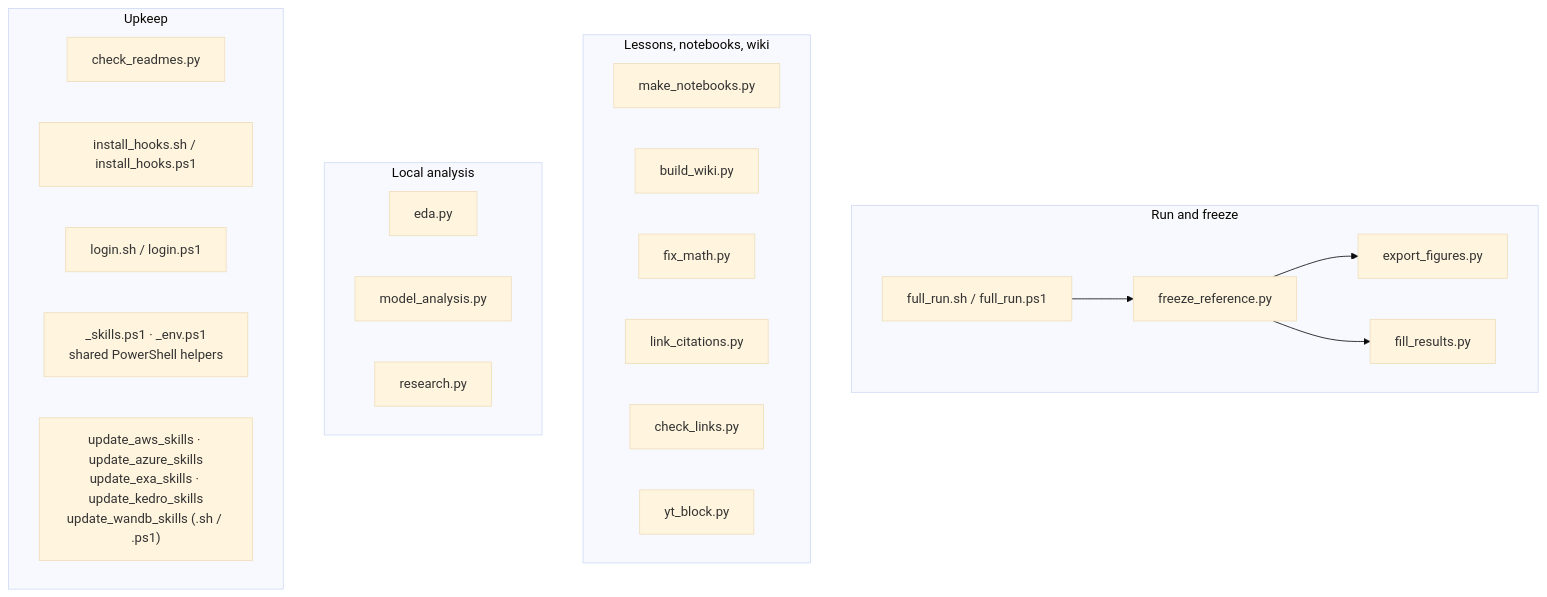
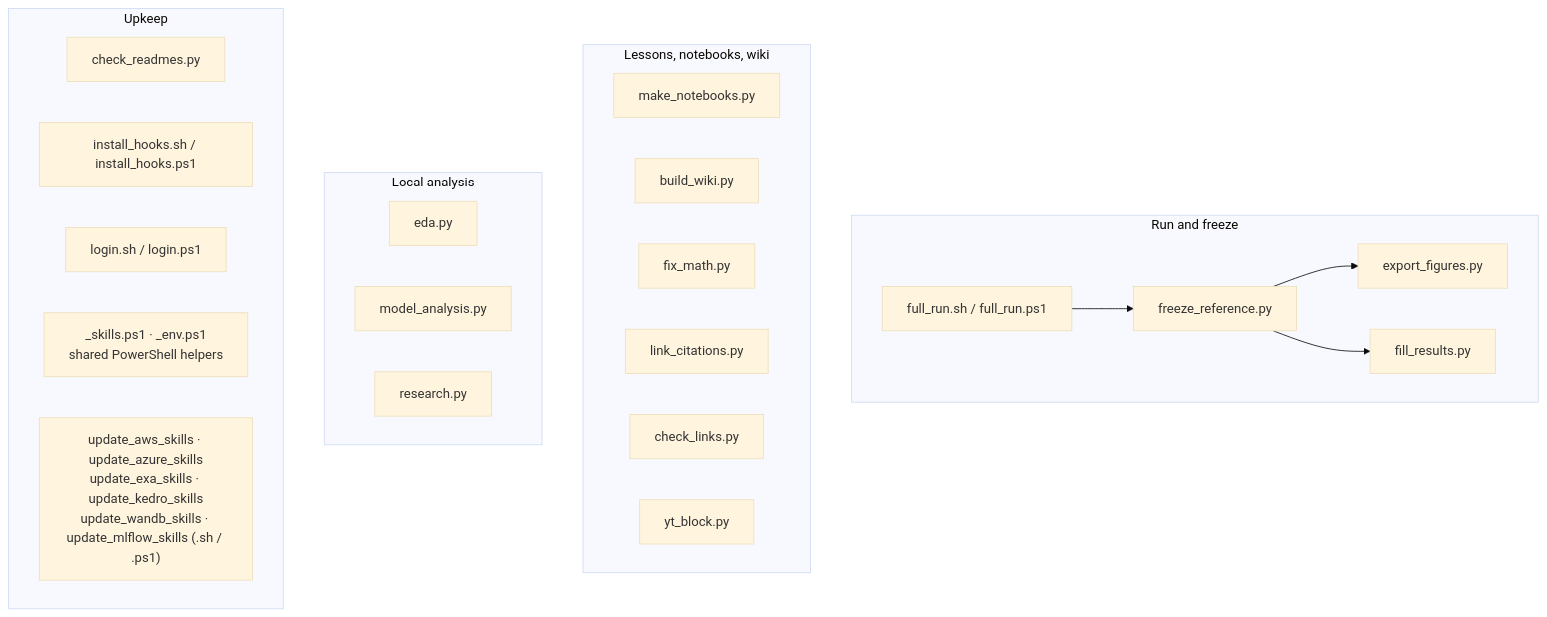
One commit to actuarialsociety/combined-actuarial-nn changed the diagram in scripts/README.md. Above: the diagram before and after it, drawn with Mermaid (base theme). The commit also changed other lines of this file and 12 other files, not shown here.

Commit message:
feat(skills): vendor MLflow agent skills

````diff
--- a/scripts/README.md
+++ b/scripts/README.md
@@ -6,28 +6,28 @@
 ```mermaid
 flowchart TD
     subgraph run["Run and freeze"]
         full_run["full_run.sh / full_run.ps1"] --> freeze_reference["freeze_reference.py"]
         freeze_reference --> export_figures["export_figures.py"]
         freeze_reference --> fill_results["fill_results.py"]
     end
     subgraph content["Lessons, notebooks, wiki"]
         make_notebooks["make_notebooks.py"]
         build_wiki["build_wiki.py"]
         fix_math["fix_math.py"]
         link_citations["link_citations.py"]
         check_links["check_links.py"]
         yt_block["yt_block.py"]
     end
     subgraph analysis["Local analysis"]
         eda["eda.py"]
         model_analysis["model_analysis.py"]
         research["research.py"]
     end
     subgraph upkeep["Upkeep"]
         check_readmes["check_readmes.py"]
         install_hooks["install_hooks.sh / install_hooks.ps1"]
         login["login.sh / login.ps1"]
         shared["_skills.ps1 · _env.ps1<br/>shared PowerShell helpers"]
-        skills["update_aws_skills · update_azure_skills<br/>update_exa_skills · update_kedro_skills<br/>update_wandb_skills (.sh / .ps1)"]
+        skills["update_aws_skills · update_azure_skills<br/>update_exa_skills · update_kedro_skills<br/>update_wandb_skills · update_mlflow_skills (.sh / .ps1)"]
     end
 ```
````
